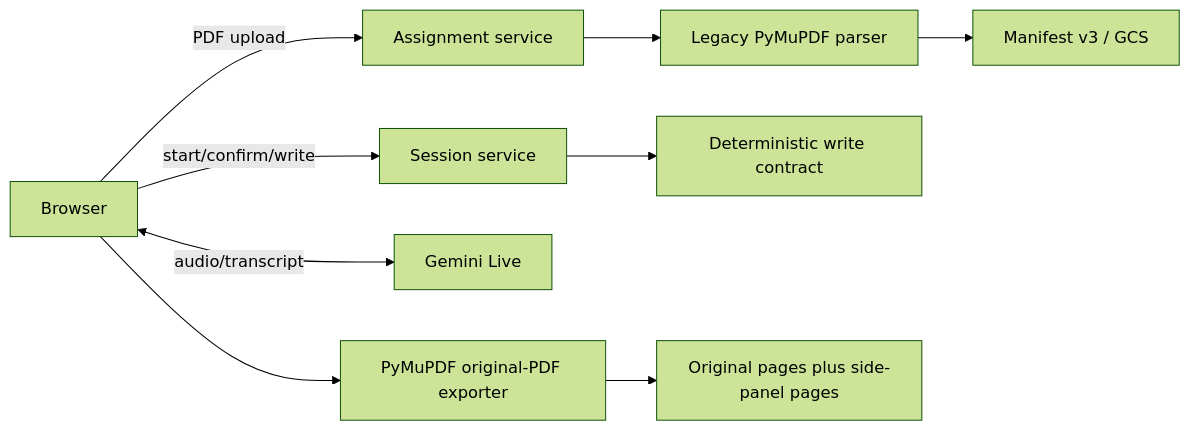
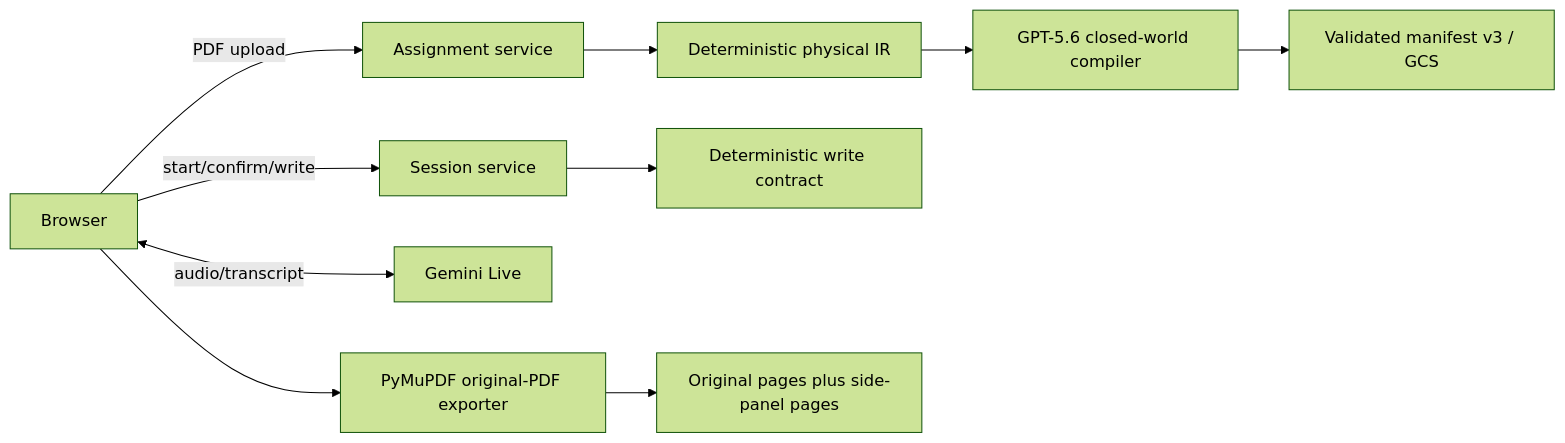
Before and after one commit to ChimdumebiNebolisa/Claros: the first of 2 diagrams in docs/ARCHITECTURE.md, drawn with Mermaid (forest theme). The commit also changed other lines of this file and 11 other files, not shown here.

Commit message:
feat(openai): make GPT-5.6 the default compiler

````diff
--- a/docs/ARCHITECTURE.md
+++ b/docs/ARCHITECTURE.md
@@ -24,11 +24,12 @@
 ```mermaid
 flowchart LR
   U[Browser] -->|PDF upload| A[Assignment service]
-  A --> P[Legacy PyMuPDF parser]
-  P --> M[Manifest v3 / GCS]
+  A --> P[Deterministic physical IR]
+  P --> C[GPT-5.6 closed-world compiler]
+  C --> M[Validated manifest v3 / GCS]
   U -->|start/confirm/write| S[Session service]
   U <-->|audio/transcript| G[Gemini Live]
   S --> W[Deterministic write contract]
   U --> E[PyMuPDF original-PDF exporter]
   E --> X[Original pages plus side-panel pages]
 ```
````
